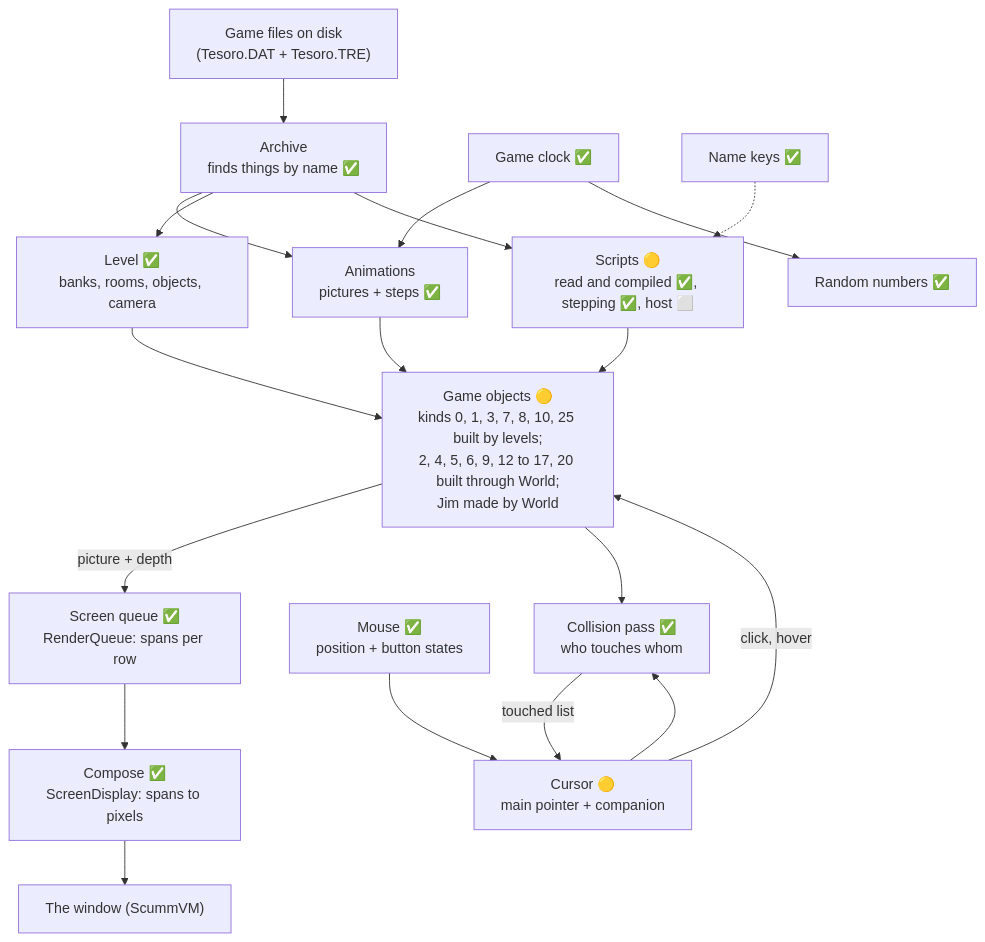
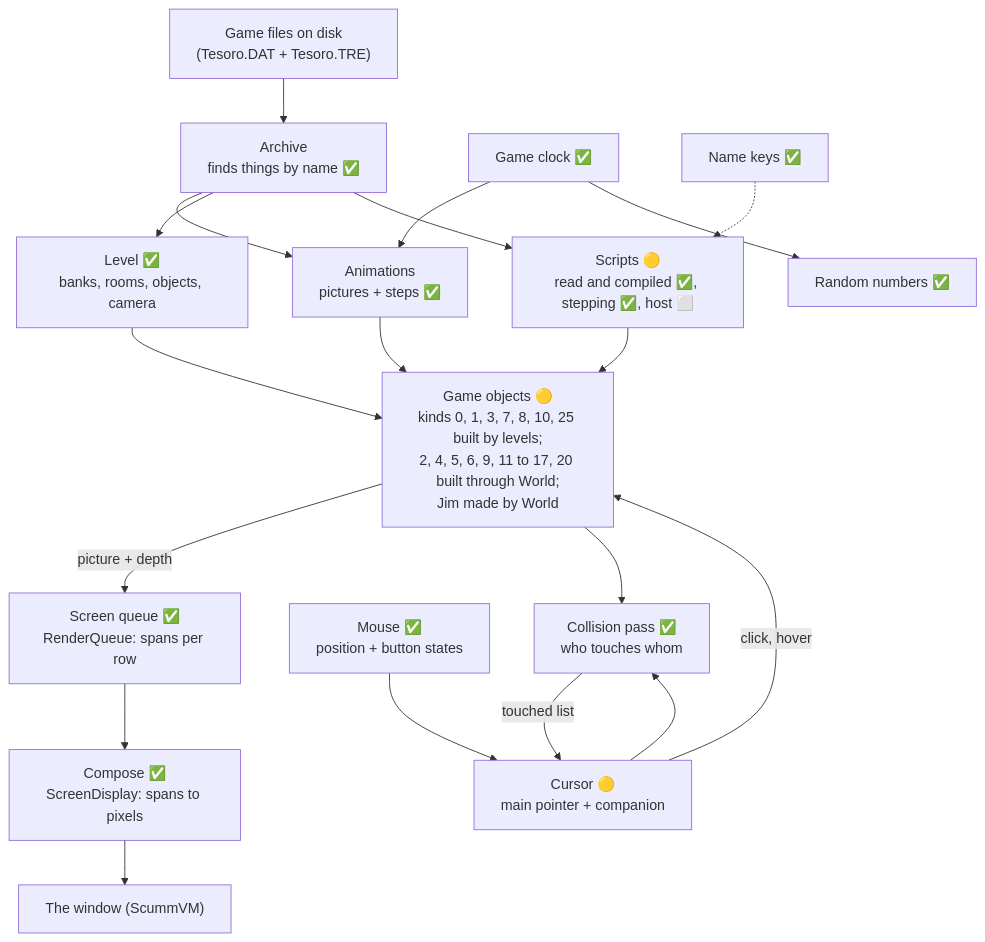
One commit to kelmer44/tesoro-stuff changed the first of 8 diagrams in re/SUBSYSTEMS.md. Above: the diagram before and after it, drawn with Mermaid. The commit also changed other lines of this file and 17 other files, not shown here.

````diff
--- a/re/SUBSYSTEMS.md
+++ b/re/SUBSYSTEMS.md
@@ -17,21 +17,21 @@
 ```mermaid
 flowchart TD
     Disk["Game files on disk<br/>(Tesoro.DAT + Tesoro.TRE)"] --> Archive["Archive<br/>finds things by name ✅"]
     Archive --> Anim["Animations<br/>pictures + steps ✅"]
     Archive --> Level["Level ✅<br/>banks, rooms, objects, camera"]
     Clock["Game clock ✅"] --> Anim
-    Anim --> Objects["Game objects 🟡<br/>kinds 0, 1, 3, 7, 8, 10, 25 built by levels;<br/>2, 4, 5, 6, 9, 12 to 17, 20 built through World;<br/>Jim made by World"]
+    Anim --> Objects["Game objects 🟡<br/>kinds 0, 1, 3, 7, 8, 10, 25 built by levels;<br/>2, 4, 5, 6, 9, 11 to 17, 20 built through World;<br/>Jim made by World"]
     Level --> Objects
     Objects -->|"picture + depth"| Queue["Screen queue ✅<br/>RenderQueue: spans per row"]
     Queue --> Compose["Compose ✅<br/>ScreenDisplay: spans to pixels"]
     Compose --> Window["The window (ScummVM)"]
     Mouse["Mouse ✅<br/>position + button states"] --> Cursor["Cursor 🟡<br/>main pointer + companion"]
     Cursor --> Collide["Collision pass ✅<br/>who touches whom"]
     Objects --> Collide
     Collide -->|"touched list"| Cursor
     Cursor -->|"click, hover"| Objects
     Clock --> Random["Random numbers ✅"]
     Names["Name keys ✅"] -.-> Scripts["Scripts 🟡<br/>read and compiled ✅, stepping ✅, host ⬜"]
     Archive --> Scripts
     Scripts --> Objects
 ```
````
